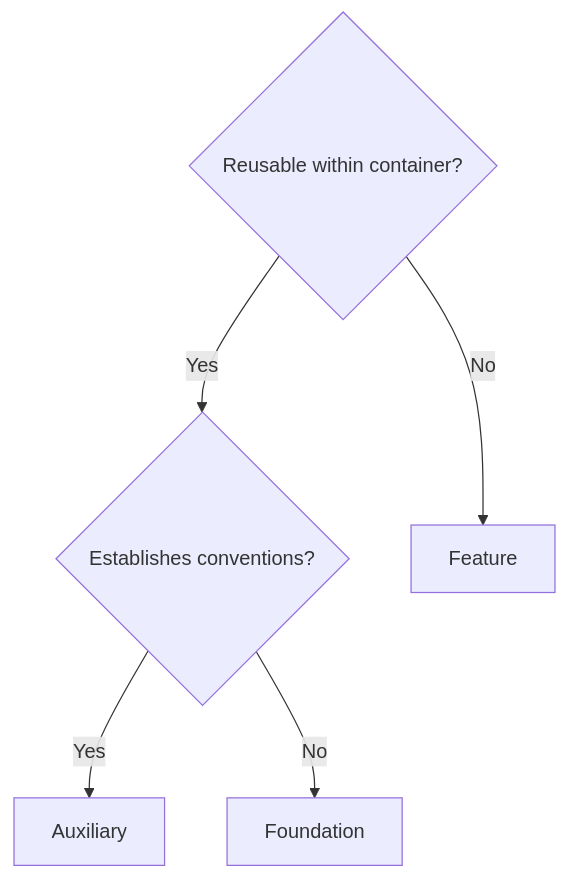
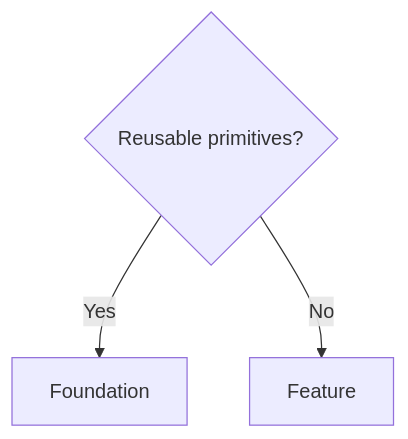
Before and after one commit to lagz0ne/c3-skill: the first of 2 diagrams in references/component-types.md, drawn with Mermaid. The commit also changed other lines of this file, not shown here.

Commit message:
docs: remove auxiliary, add refs documentation

````diff
--- a/references/component-types.md
+++ b/references/component-types.md
@@ -39,8 +39,6 @@
 ```mermaid
 graph TD
-    Q1{Reusable within container?}
-    Q1 -->|Yes| Q2{Establishes conventions?}
+    Q1{Reusable primitives?}
+    Q1 -->|Yes| Foundation
     Q1 -->|No| Feature
-    Q2 -->|Yes| Auxiliary
-    Q2 -->|No| Foundation
 ```
````
